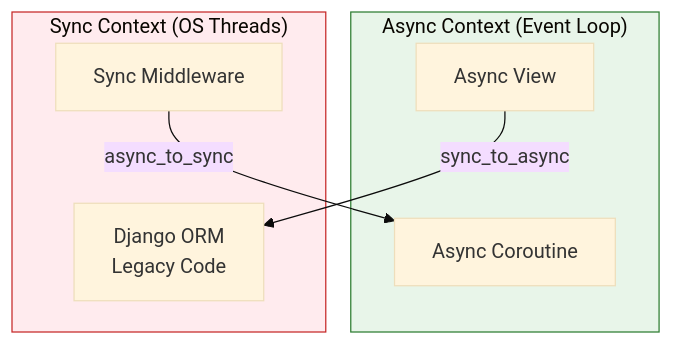
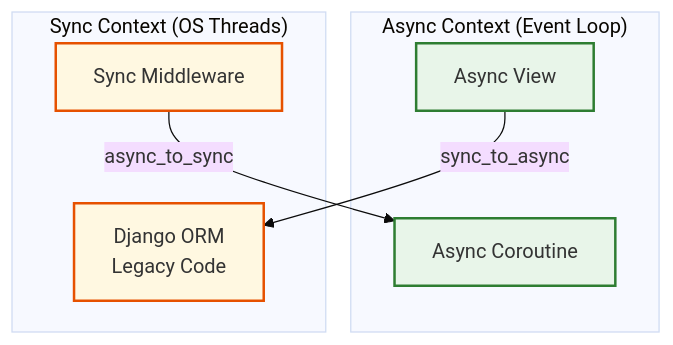
Before and after one commit to NikoriakViktot/notes_chat_app: the second of 3 diagrams in docs/09_async_and_realtime/async_06_sync_to_async_full.md, drawn with Mermaid (base theme). The commit also changed other lines of this file and 441 other files, not shown here.

First line of the commit message:
Add English version of the book, Mermaid standard, docs fixes

````diff
--- a/docs/09_async_and_realtime/async_06_sync_to_async_full.md
+++ b/docs/09_async_and_realtime/async_06_sync_to_async_full.md
@@ -166,18 +166,20 @@
 ```mermaid
 graph TD
     subgraph Async ["Async Context (Event Loop)"]
         AV[Async View]
         AC[Async Coroutine]
     end
 
     subgraph Sync ["Sync Context (OS Threads)"]
-        ORM[Django ORM\nLegacy Code]
+        ORM["Django ORM<br>Legacy Code"]
         SM[Sync Middleware]
     end
 
     AV -->|sync_to_async| ORM
     SM -->|async_to_sync| AC
 
-    style Async fill:#e8f5e9,stroke:#2e7d32
-    style Sync fill:#ffebee,stroke:#c62828
+    classDef success  fill:#e8f5e9,stroke:#2e7d32,stroke-width:2px;
+    classDef warning  fill:#fff8e1,stroke:#e65100,stroke-width:2px;
+    class AV,AC success;
+    class ORM,SM warning;
 ```
````
